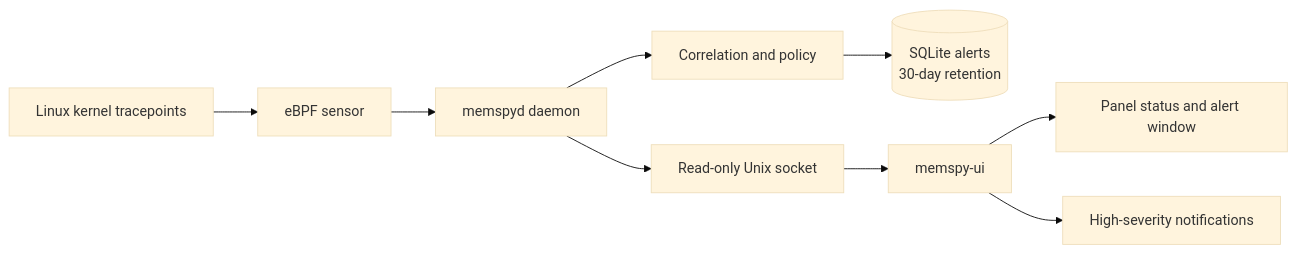
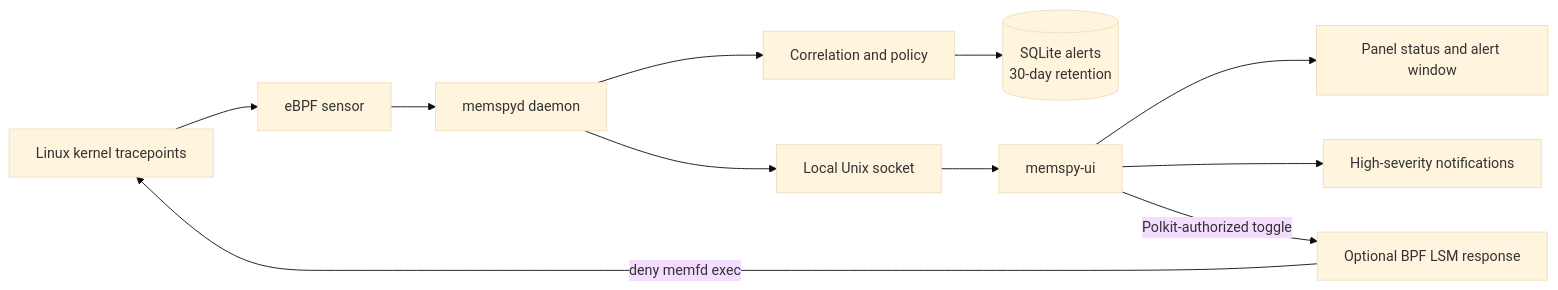
Before and after one commit to MrN1gativ3/MemSpy: the diagram in README.md, drawn with Mermaid (base theme). The commit also changed other lines of this file and 61 other files, not shown here.

Commit message:
Add optional memfd response mode

````diff
--- a/README.md
+++ b/README.md
@@ -36,11 +37,13 @@
 ```mermaid
 flowchart LR
     K[Linux kernel tracepoints] --> B[eBPF sensor]
     B --> D[memspyd daemon]
     D --> P[Correlation and policy]
     P --> S[(SQLite alerts<br/>30-day retention)]
-    D --> A[Read-only Unix socket]
+    D --> A[Local Unix socket]
     A --> U[memspy-ui]
     U --> I[Panel status and alert window]
     U --> N[High-severity notifications]
+    U -->|Polkit-authorized toggle| R[Optional BPF LSM response]
+    R -->|deny memfd exec| K
 ```
````
